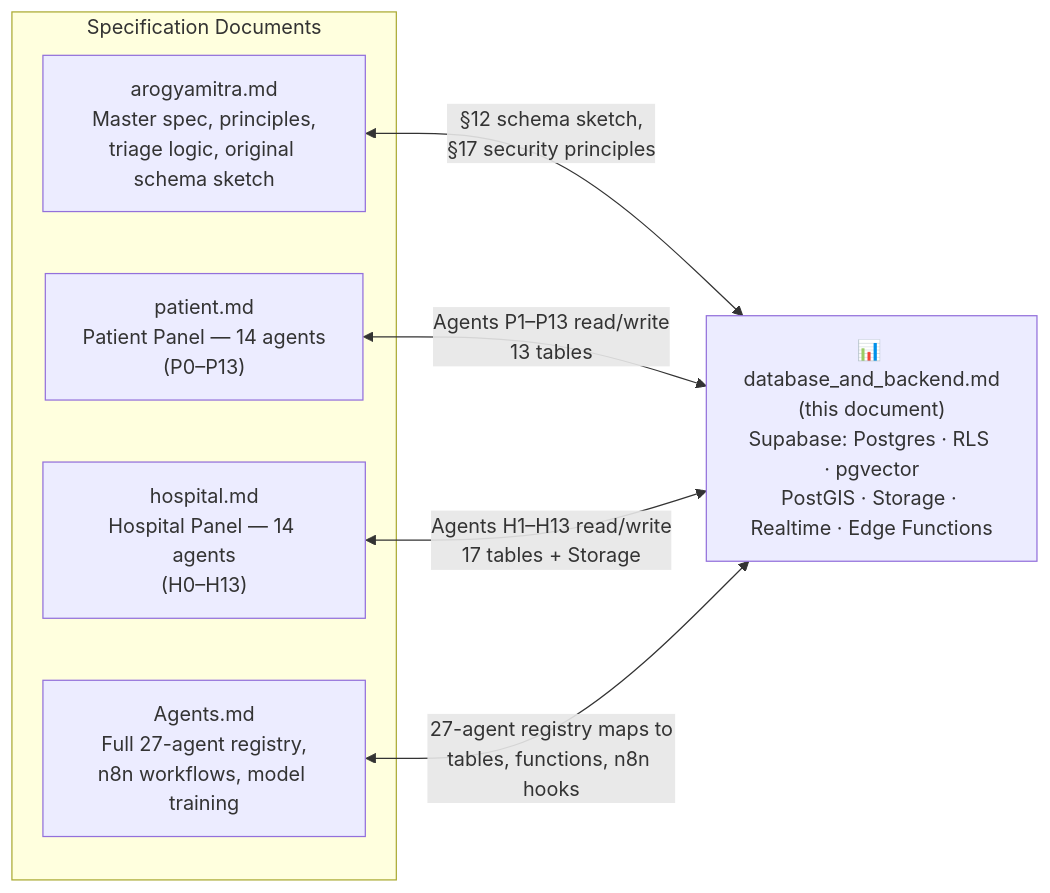
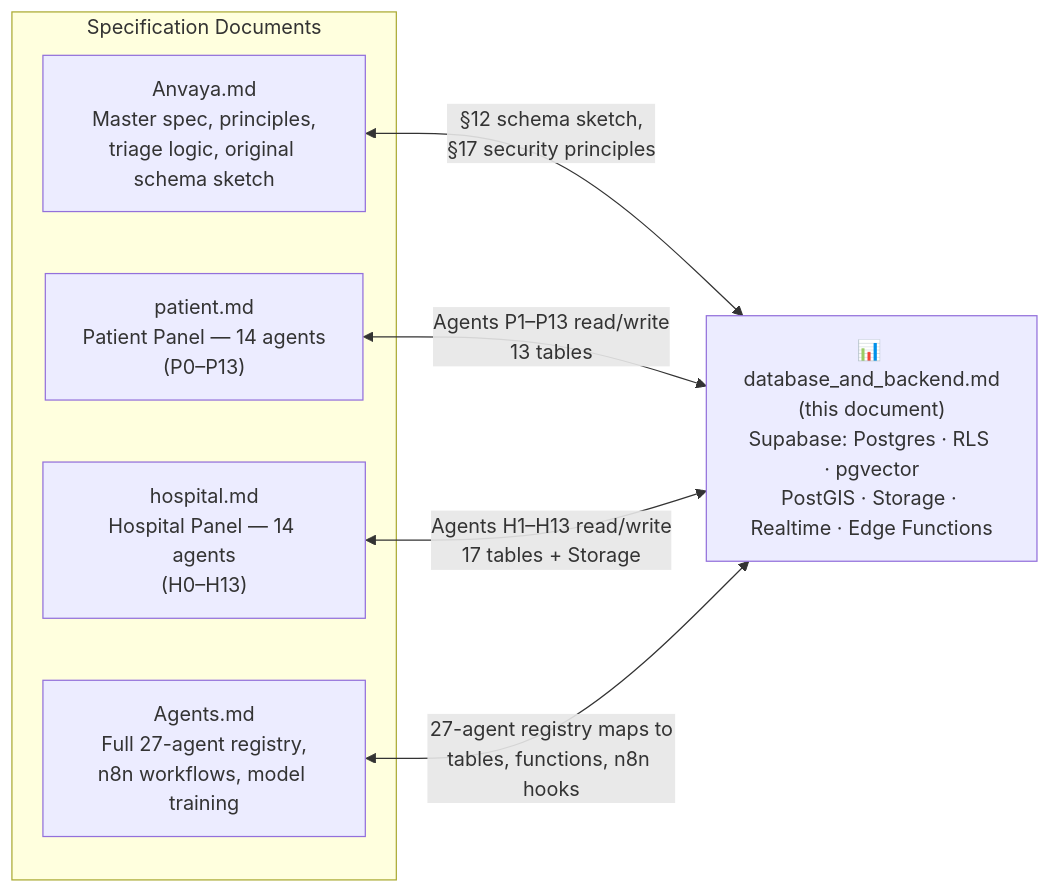
One commit to GopeshKachhadiya/Healthcare-Low-cost-Rural-Triage changed the first of 3 diagrams in database_and_backend.md. Above: the diagram before and after it, drawn with Mermaid. The commit also changed other lines of this file and 7 other files, not shown here.

Commit message:
refactor: rename project to Anvaya across all files and rename spec to anvaya.md

````diff
--- a/database_and_backend.md
+++ b/database_and_backend.md
@@ -41,16 +41,16 @@
 ```mermaid
 flowchart LR
     subgraph DOCS["Specification Documents"]
-        AM["arogyamitra.md<br/>Master spec, principles,<br/>triage logic, original schema sketch"]
+        AM["Anvaya.md<br/>Master spec, principles,<br/>triage logic, original schema sketch"]
         PM["patient.md<br/>Patient Panel — 14 agents<br/>(P0–P13)"]
         HM["hospital.md<br/>Hospital Panel — 14 agents<br/>(H0–H13)"]
         AG["Agents.md<br/>Full 27-agent registry,<br/>n8n workflows, model training"]
     end
 
     DB["📊 database_and_backend.md<br/>(this document)<br/>Supabase: Postgres · RLS · pgvector<br/>PostGIS · Storage · Realtime · Edge Functions"]
 
     AM <-->|"§12 schema sketch,<br/>§17 security principles"| DB
     PM <-->|"Agents P1–P13 read/write<br/>13 tables"| DB
     HM <-->|"Agents H1–H13 read/write<br/>17 tables + Storage"| DB
     AG <-->|"27-agent registry maps to<br/>tables, functions, n8n hooks"| DB
 ```
````
